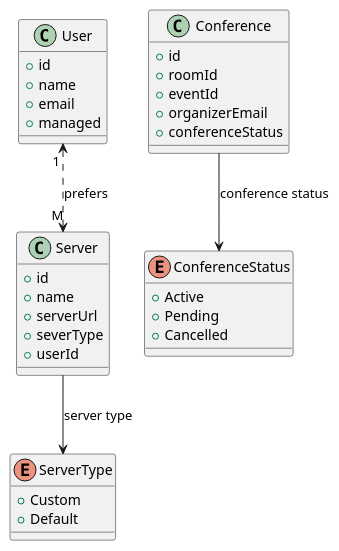
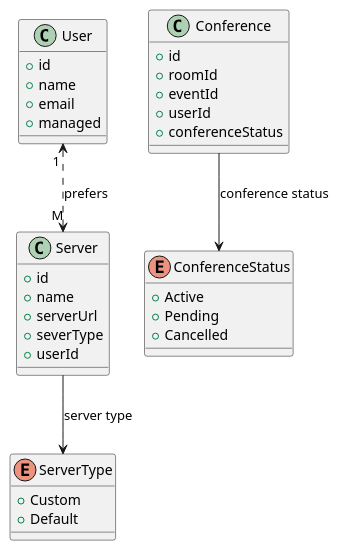
The diagram in docs/er_conference_plantUML.puml (teenthofabud/jitsi-videoconference-moderator), drawn with PlantUML before and after one commit. The commit also changed 18 other files, not shown here.

```diff
--- a/docs/er_conference_plantUML.puml
+++ b/docs/er_conference_plantUML.puml
@@ -1,46 +1,46 @@
     @startuml
 
     class User {
       +id
       +name
       +email
       +managed
     }
 
     class Server {
       +id
       +name
       +serverUrl
       +severType
       +userId
     }
 
     class Conference {
       +id
       +roomId
       +eventId
-      +organizerEmail
+      +userId
       +conferenceStatus
 
     }
 
     enum ServerType{
      +Custom
      +Default
     }
 
     enum ConferenceStatus{
      +Active
      +Pending
      +Cancelled
     }
 
     Server --> ServerType : server type
 
 
 
     User "1 " <..> "M" Server : prefers
 
     Conference --> ConferenceStatus : conference status
 
     @enduml
```
